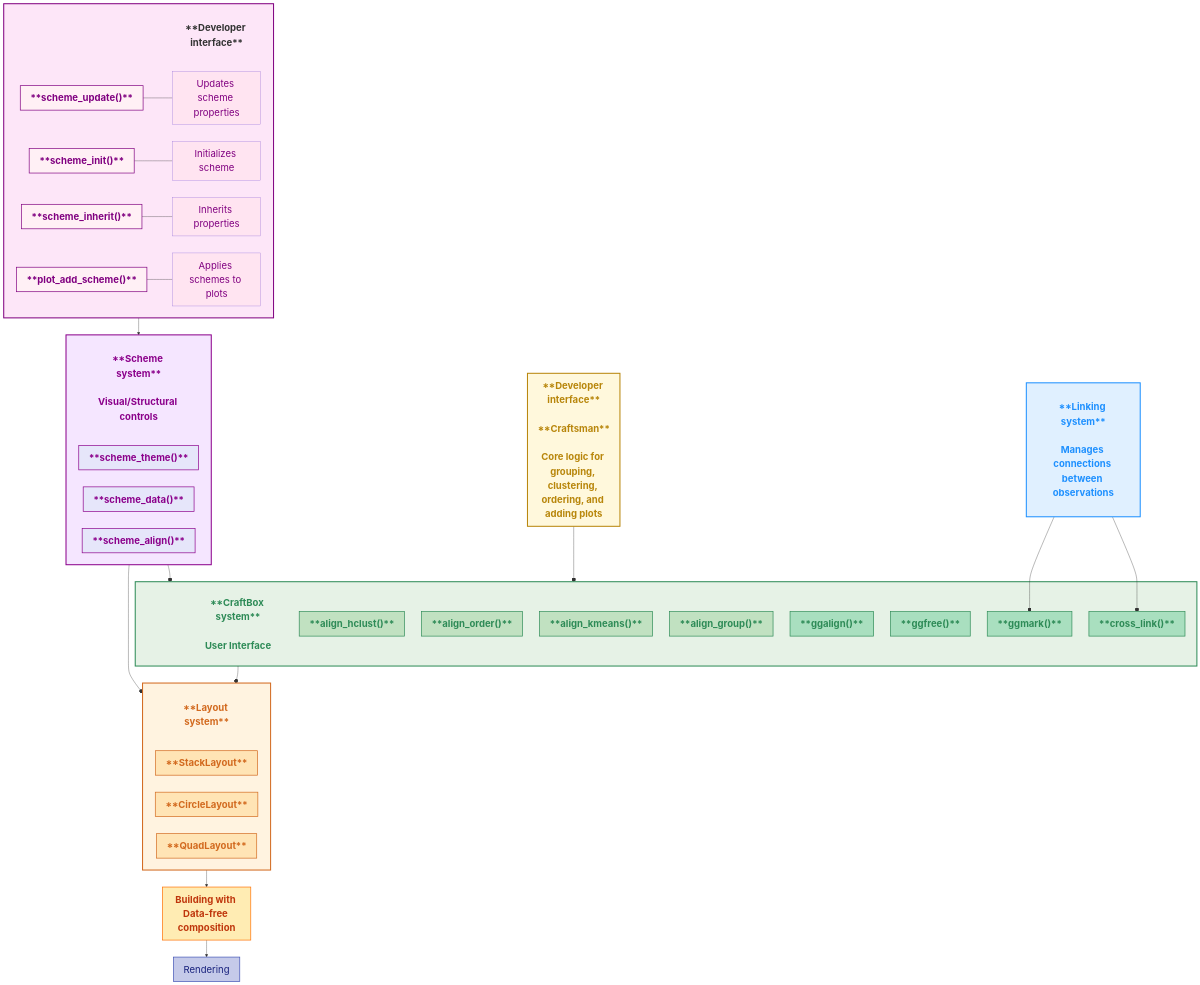
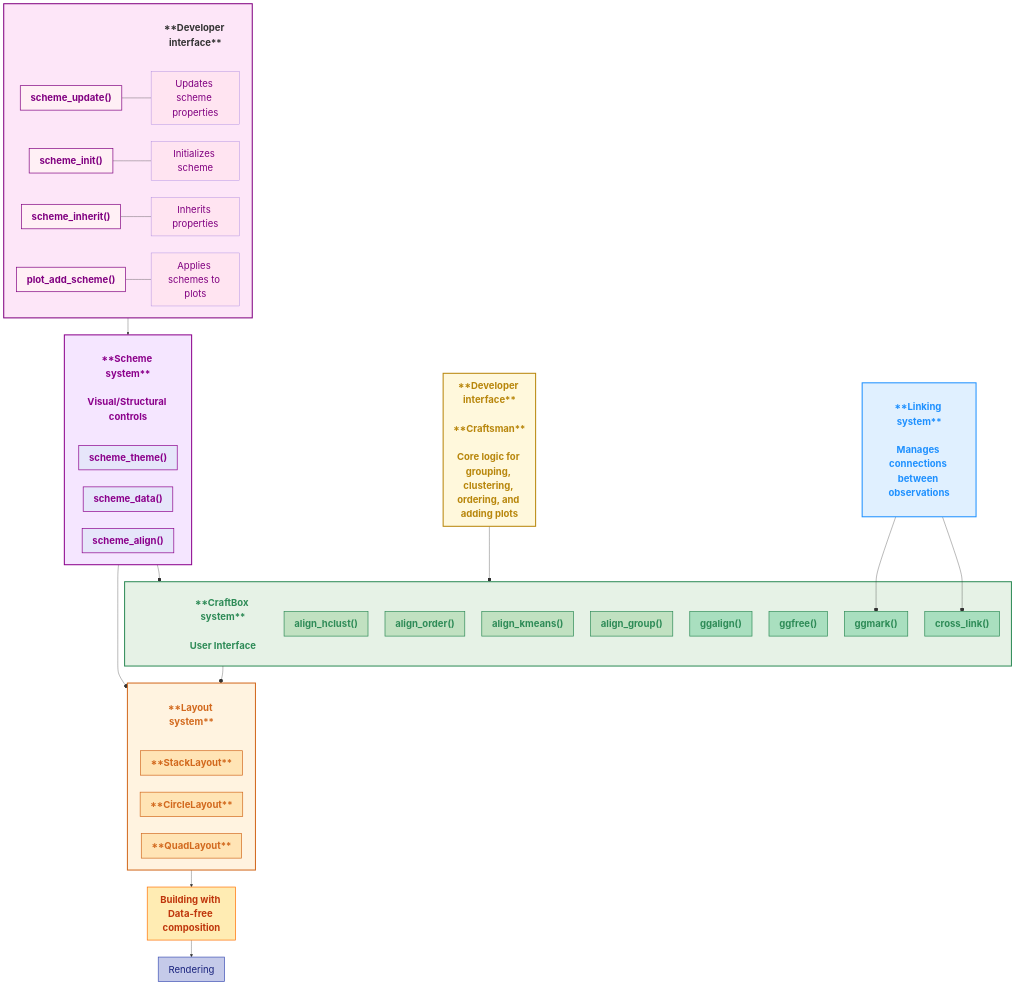
Before and after one commit to Yunuuuu/ggalign-book: the second of 2 diagrams in introduction.qmd, drawn with Mermaid.

Commit message:
style text

```diff
--- a/introduction.qmd
+++ b/introduction.qmd
@@ -209,20 +209,20 @@
         CraftBoxTitle["**CraftBox system**<br><br>User Interface"]
         style CraftBoxTitle fill:none,stroke:none,color:#2E8B57,font-weight:bold,font-size:28px
         
-        AlignHclust["**align_hclust()**"]
-        AlignOrder["**align_order()**"]
-        AlignKmeans["**align_kmeans()**"]
-        AlignGroup["**align_group()**"]
+        AlignHclust["align_hclust()"]
+        AlignOrder["align_order()"]
+        AlignKmeans["align_kmeans()"]
+        AlignGroup["align_group()"]
 
         %% AlignHclustDesc["Hierarchical clustering"]
         %% AlignOrderDesc["Custom ordering"]
         %% AlignKmeansDesc["K-means clustering"]
         %% AlignGroupDesc["Manual grouping"]
 
-        Ggalign["**ggalign()**"]
-        Ggfree["**ggfree()**"]
-        Ggmark["**ggmark()**"]
-        CrossLink["**cross_link()**"]
+        Ggalign["ggalign()"]
+        Ggfree["ggfree()"]
+        Ggmark["ggmark()"]
+        CrossLink["cross_link()"]
 
         %% GgalignDesc["Add aligned plots to layouts"]
         %% GgfreeDesc["Add freely positioned plots"]
@@ -279,9 +279,9 @@
         style Scheme fill:#F5E6FF,stroke:#8B008B,stroke-width:3px
         SchemeTitle["**Scheme system**<br><br>Visual/Structural controls"]
         style SchemeTitle fill:none,stroke:none,color:#8B008B,font-weight:bold,font-size:28px
-        SchemeTheme["**scheme_theme()**"]
-        SchemeData["**scheme_data()**"]
-        SchemeAlign["**scheme_align()**"]
+        SchemeTheme["scheme_theme()"]
+        SchemeData["scheme_data()"]
+        SchemeAlign["scheme_align()"]
 
         %% SchemeThemeDesc["Controls theming"]
         %% SchemeDataDesc["Data transformations"]
@@ -305,10 +305,10 @@
         style SchemeImpl fill:#FDE6F8,stroke:#800080,stroke-width:3px
         SchemeImplTitle["**Developer interface**"]
         style SchemeImplTitle fill:none,stroke:none,color:#8B008,font-weight:bold,font-size:28px
-        SchemeUpdate["**scheme_update()**"]
-        SchemeInit["**scheme_init()**"]
-        SchemeInherit["**scheme_inherit()**"]
-        PlotAddScheme["**plot_add_scheme()**"]
+        SchemeUpdate["scheme_update()"]
+        SchemeInit["scheme_init()"]
+        SchemeInherit["scheme_inherit()"]
+        PlotAddScheme["plot_add_scheme()"]
 
         SchemeUpdateDesc["Updates scheme properties"]
         SchemeInitDesc["Initializes scheme"]
```
